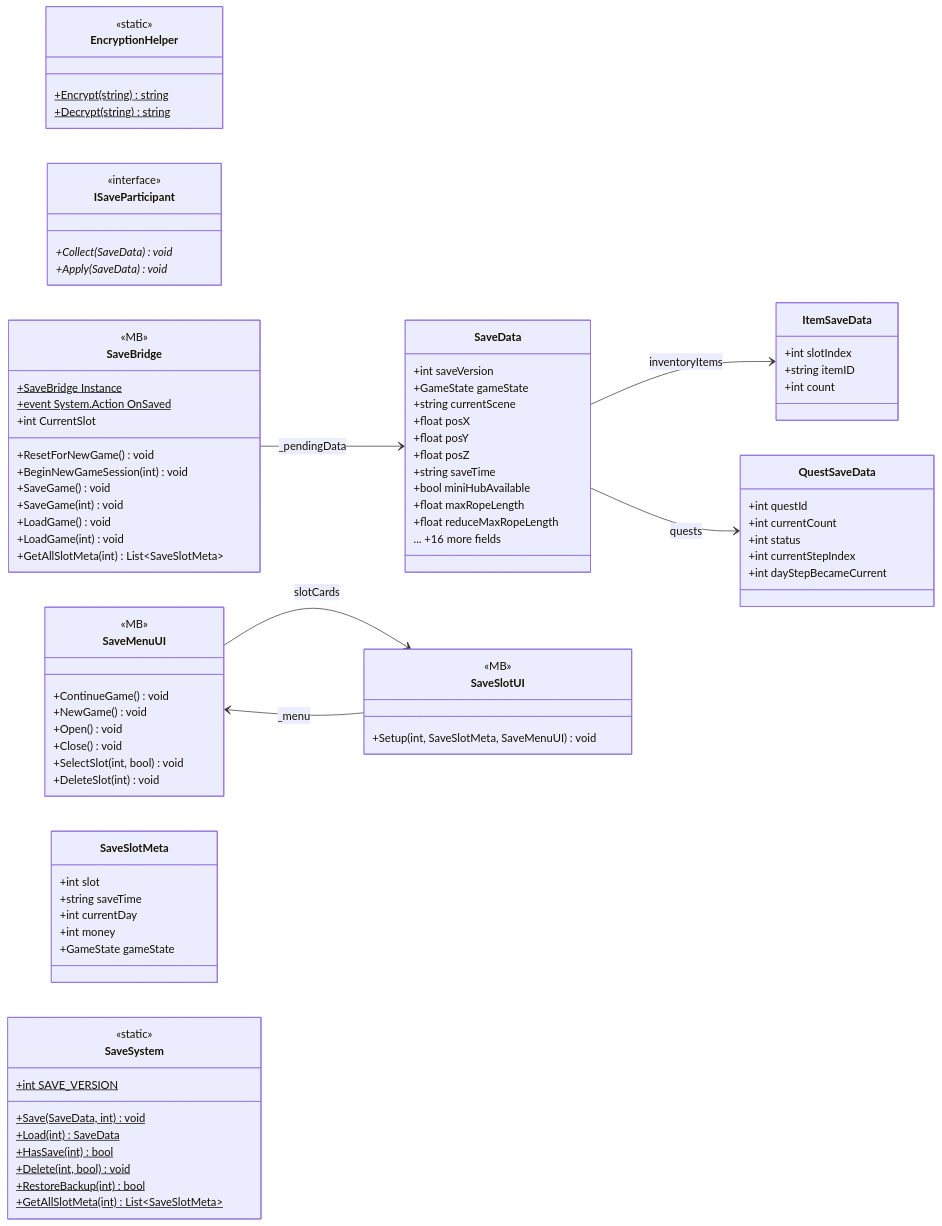
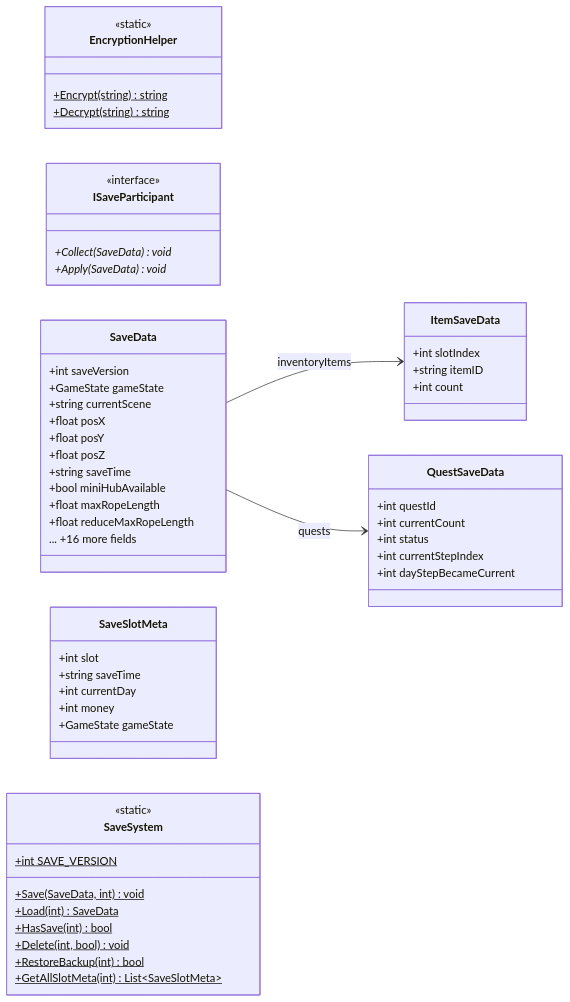
The diagram in docs/uml/modules/Core_Save.md (PhumipatWave/project-ocean), drawn with Mermaid before and after one commit. The commit also changed other lines of this file and 531 other files, not shown here.

````diff
--- a/docs/uml/modules/Core_Save.md
+++ b/docs/uml/modules/Core_Save.md
@@ -16,19 +16,6 @@
     <<interface>>
     +Collect(SaveData)* void
     +Apply(SaveData)* void
-  }
-  class SaveBridge {
-    <<MB>>
-    +SaveBridge Instance$
-    +event System.Action OnSaved$
-    +int CurrentSlot
-    +ResetForNewGame() void
-    +BeginNewGameSession(int) void
-    +SaveGame() void
-    +SaveGame(int) void
-    +LoadGame() void
-    +LoadGame(int) void
-    +GetAllSlotMeta(int) List~SaveSlotMeta~
   }
   class SaveData {
     +int saveVersion
@@ -55,19 +42,6 @@
     +int currentStepIndex
     +int dayStepBecameCurrent
   }
-  class SaveMenuUI {
-    <<MB>>
-    +ContinueGame() void
-    +NewGame() void
-    +Open() void
-    +Close() void
-    +SelectSlot(int, bool) void
-    +DeleteSlot(int) void
-  }
-  class SaveSlotUI {
-    <<MB>>
-    +Setup(int, SaveSlotMeta, SaveMenuUI) void
-  }
   class SaveSlotMeta {
     +int slot
     +string saveTime
@@ -85,9 +59,6 @@
     +RestoreBackup(int)$ bool
     +GetAllSlotMeta(int)$ List~SaveSlotMeta~
   }
-  SaveBridge --> SaveData : _pendingData
   SaveData --> ItemSaveData : inventoryItems
   SaveData --> QuestSaveData : quests
-  SaveMenuUI --> SaveSlotUI : slotCards
-  SaveSlotUI --> SaveMenuUI : _menu
 ```
````
